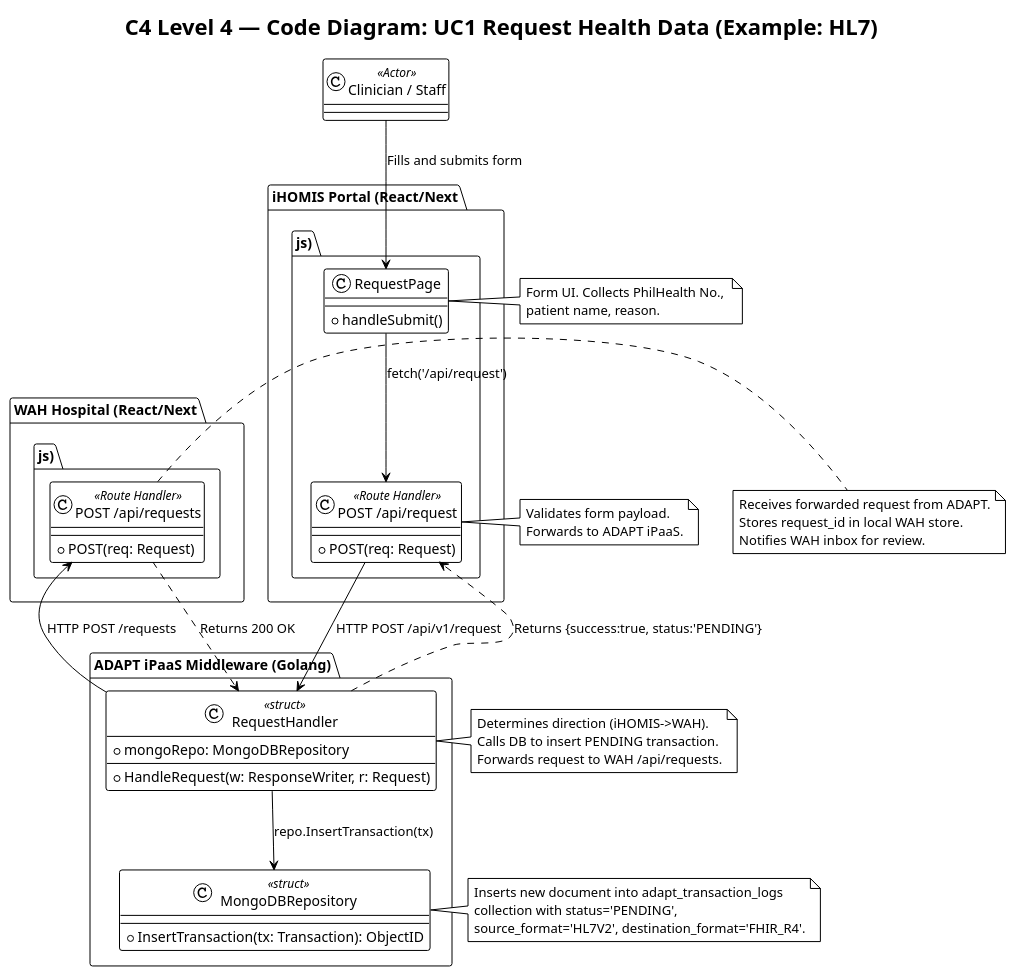
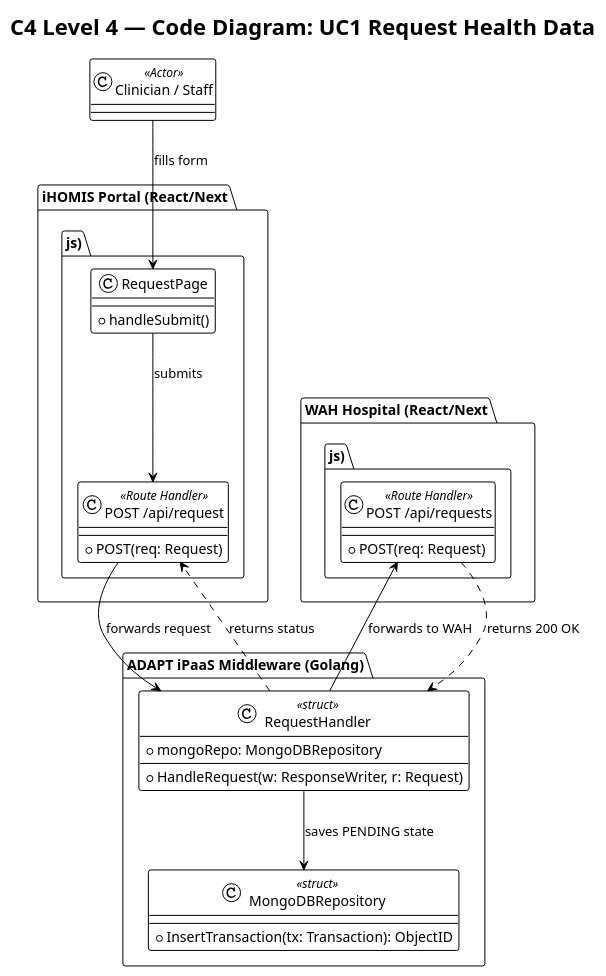
One commit to Vince0028/WAH4PCE-MERGE-CONFLICT changed the diagram in diagrams/c4_diagram/code_diagram/uc1_request_health_data.puml. Above: the diagram before and after it, drawn with PlantUML. The commit also changed 10 other files, not shown here.

```diff
--- a/diagrams/c4_diagram/code_diagram/uc1_request_health_data.puml
+++ b/diagrams/c4_diagram/code_diagram/uc1_request_health_data.puml
@@ -1,68 +1,40 @@
 @startuml UC1_Request_Health_Data
 !theme plain
-title C4 Level 4 — Code Diagram: UC1 Request Health Data (Example: HL7)
+title C4 Level 4 — Code Diagram: UC1 Request Health Data
 
 package "iHOMIS Portal (React/Next.js)" {
     class RequestPage {
         + handleSubmit()
     }
     class "POST /api/request" as iHOMISRequestAPI <<Route Handler>> {
         + POST(req: Request)
     }
 }
 
 package "ADAPT iPaaS Middleware (Golang)" {
     class RequestHandler <<struct>> {
         + mongoRepo: MongoDBRepository
         + HandleRequest(w: ResponseWriter, r: Request)
     }
     class MongoDBRepository <<struct>> {
         + InsertTransaction(tx: Transaction): ObjectID
     }
 }
 
 package "WAH Hospital (React/Next.js)" {
     class "POST /api/requests" as WAHRequestsAPI <<Route Handler>> {
         + POST(req: Request)
     }
 }
 
 class "Clinician / Staff" as Clinician <<Actor>>
 
-Clinician --> RequestPage : Fills and submits form
-RequestPage --> iHOMISRequestAPI : fetch('/api/request')
-iHOMISRequestAPI --> RequestHandler : HTTP POST /api/v1/request
-RequestHandler --> MongoDBRepository : repo.InsertTransaction(tx)
-RequestHandler --> WAHRequestsAPI : HTTP POST /requests
-WAHRequestsAPI ..> RequestHandler : Returns 200 OK
-RequestHandler ..> iHOMISRequestAPI : Returns {success:true, status:'PENDING'}
-
-note right of RequestPage
-  Form UI. Collects PhilHealth No., 
-  patient name, reason.
-end note
-
-note right of iHOMISRequestAPI
-  Validates form payload.
-  Forwards to ADAPT iPaaS.
-end note
-
-note right of RequestHandler
-  Determines direction (iHOMIS->WAH).
-  Calls DB to insert PENDING transaction.
-  Forwards request to WAH /api/requests.
-end note
-
-note right of MongoDBRepository
-  Inserts new document into adapt_transaction_logs
-  collection with status='PENDING', 
-  source_format='HL7V2', destination_format='FHIR_R4'.
-end note
-
-note right of WAHRequestsAPI
-  Receives forwarded request from ADAPT.
-  Stores request_id in local WAH store.
-  Notifies WAH inbox for review.
-end note
+Clinician --> RequestPage : fills form
+RequestPage --> iHOMISRequestAPI : submits
+iHOMISRequestAPI --> RequestHandler : forwards request
+RequestHandler --> MongoDBRepository : saves PENDING state
+RequestHandler --> WAHRequestsAPI : forwards to WAH
+WAHRequestsAPI ..> RequestHandler : returns 200 OK
+RequestHandler ..> iHOMISRequestAPI : returns status
 
 @enduml
```
